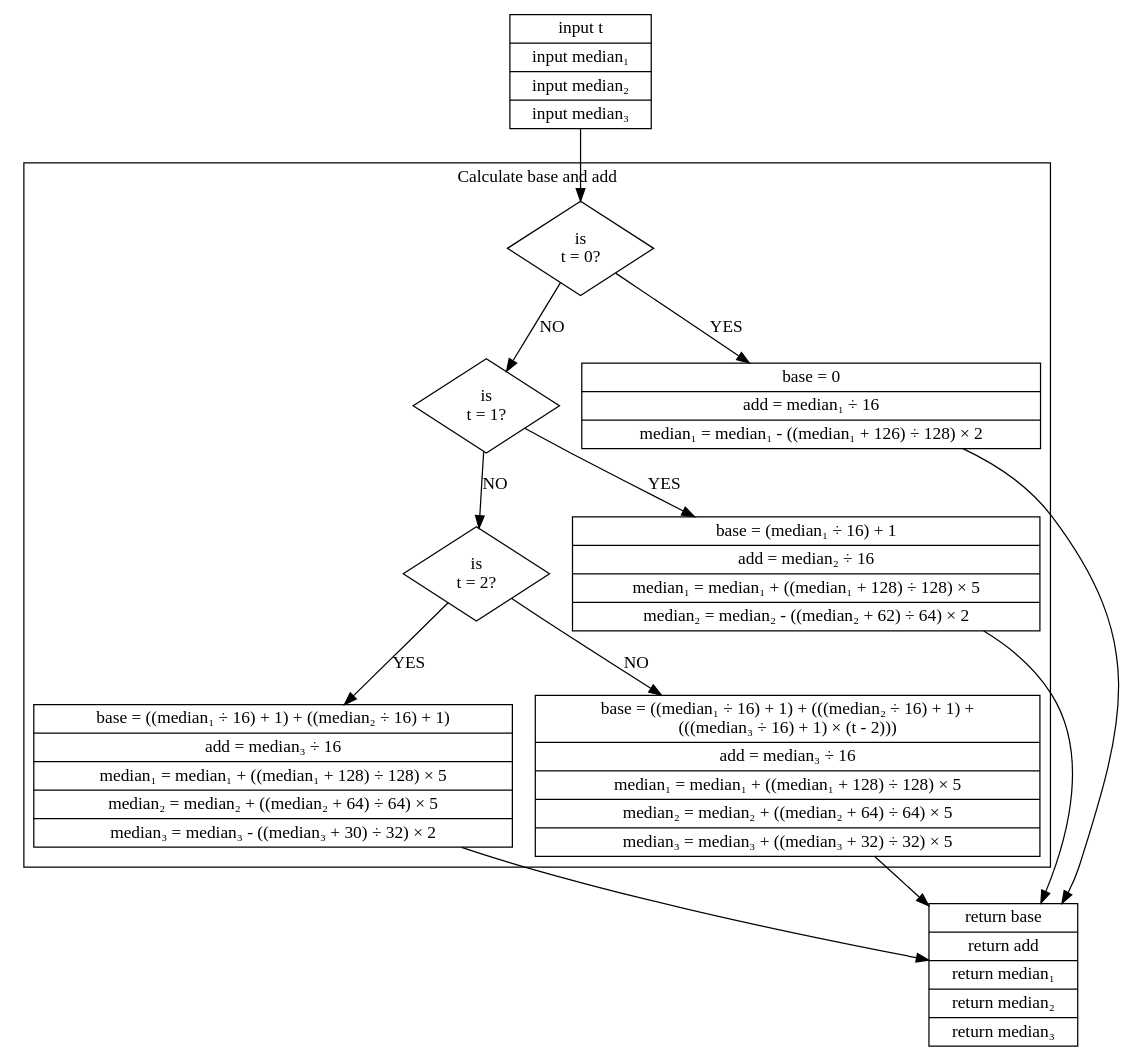
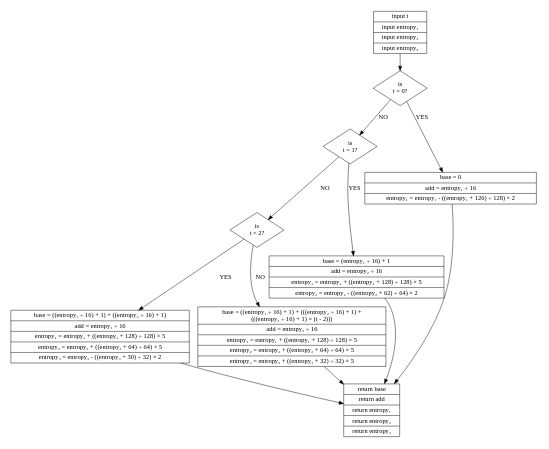
Before and after one commit to tuffy/python-audio-tools: the diagram in docs/reference/figures/wavpack_read_residual2.dot, drawn with Graphviz. The commit also changed other lines of this file and 6 other files, not shown here.

```diff
--- a/docs/reference/figures/wavpack_read_residual2.dot
+++ b/docs/reference/figures/wavpack_read_residual2.dot
@@ -1,33 +1,31 @@
 digraph wavpack_residual2 {
   node [fontname="DejaVuSans"];
   edge [fontname="DejaVuSans"];
-  init [shape=record,label="{input t|input median₁|input median₂|input median₃}"];
-  done [shape=record,label="{return base|return add|return median₁|return median₂|return median₃}"];
+  size = "6,9";
+  margin="0";
+  init [shape=record,label="{input t|input entropy₁|input entropy₂|input entropy₃}"];
+  done [shape=record,label="{return base|return add|return entropy₁|return entropy₂|return entropy₃}"];
 
-  subgraph cluster_t {
-    label="Calculate base and add";
+  test_t_0 [shape=diamond,label="is\nt = 0?"];
+  test_t_1 [shape=diamond,label="is\nt = 1?"];
+  test_t_2 [shape=diamond,label="is\nt = 2?"];
 
-    test_t_0 [shape=diamond,label="is\nt = 0?"];
-    test_t_1 [shape=diamond,label="is\nt = 1?"];
-    test_t_2 [shape=diamond,label="is\nt = 2?"];
+  t_0 [shape=record,label="{base = 0|add = entropy₁ ÷ 16|entropy₁ = entropy₁ - ((entropy₁ + 126) ÷ 128) × 2}"];
+  t_1 [shape=record,label="{base = (entropy₁ ÷ 16) + 1|add = entropy₂ ÷ 16|entropy₁ = entropy₁ + ((entropy₁ + 128) ÷ 128) × 5|entropy₂ = entropy₂ - ((entropy₂ + 62) ÷ 64) × 2}"];
+  t_2 [shape=record,label="{base = ((entropy₁ ÷ 16) + 1) + ((entropy₂ ÷ 16) + 1)|add = entropy₃ ÷ 16|entropy₁ = entropy₁ + ((entropy₁ + 128) ÷ 128) × 5|entropy₂ = entropy₂ + ((entropy₂ + 64) ÷ 64) × 5|entropy₃ = entropy₃ - ((entropy₃ + 30) ÷ 32) × 2}"];
 
-    t_0 [shape=record,label="{base = 0|add = median₁ ÷ 16|median₁ = median₁ - ((median₁ + 126) ÷ 128) × 2}"];
-    t_1 [shape=record,label="{base = (median₁ ÷ 16) + 1|add = median₂ ÷ 16|median₁ = median₁ + ((median₁ + 128) ÷ 128) × 5|median₂ = median₂ - ((median₂ + 62) ÷ 64) × 2}"];
-    t_2 [shape=record,label="{base = ((median₁ ÷ 16) + 1) + ((median₂ ÷ 16) + 1)|add = median₃ ÷ 16|median₁ = median₁ + ((median₁ + 128) ÷ 128) × 5|median₂ = median₂ + ((median₂ + 64) ÷ 64) × 5|median₃ = median₃ - ((median₃ + 30) ÷ 32) × 2}"];
-
-    t_default [shape=record,label="{base = ((median₁ ÷ 16) + 1) + (((median₂ ÷ 16) + 1) +\n(((median₃ ÷ 16) + 1) × (t - 2)))|add = median₃ ÷ 16|median₁ = median₁ + ((median₁ + 128) ÷ 128) × 5|median₂ = median₂ + ((median₂ + 64) ÷ 64) × 5|median₃ = median₃ + ((median₃ + 32) ÷ 32) × 5}"];
-  }
+  t_default [shape=record,label="{base = ((entropy₁ ÷ 16) + 1) + (((entropy₂ ÷ 16) + 1) +\n(((entropy₃ ÷ 16) + 1) × (t - 2)))|add = entropy₃ ÷ 16|entropy₁ = entropy₁ + ((entropy₁ + 128) ÷ 128) × 5|entropy₂ = entropy₂ + ((entropy₂ + 64) ÷ 64) × 5|entropy₃ = entropy₃ + ((entropy₃ + 32) ÷ 32) × 5}"];
 
   init -> test_t_0;
   test_t_0 -> test_t_1 [label="NO"];
   test_t_1 -> test_t_2 [label="NO"];
   test_t_2 -> t_default [label="NO"];
   test_t_0 -> t_0 [label="YES"];
   test_t_1 -> t_1 [label="YES"];
   test_t_2 -> t_2 [label="YES"];
 
   t_0 -> done;
   t_1 -> done;
   t_2 -> done;
   t_default -> done;
 }
```
